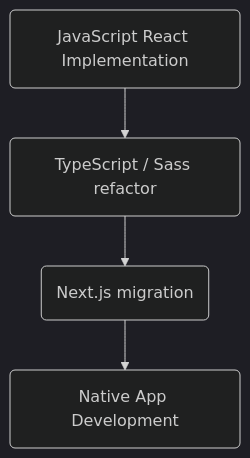
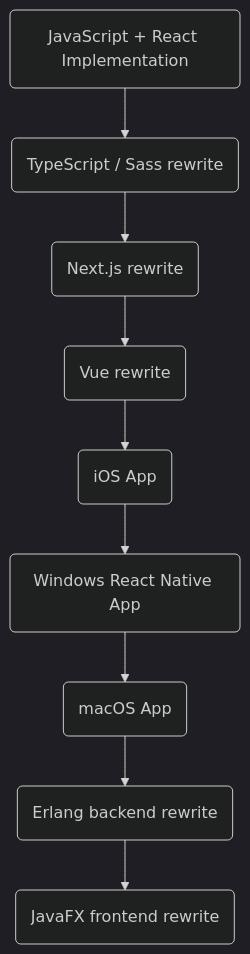
The third of 3 diagrams in README.md (LowComDenom/wellness-calendar), drawn with Mermaid (dark theme) before and after one commit. The commit also changed other lines of this file and 1 other file, not shown here.

````diff
--- a/README.md
+++ b/README.md
@@ -50,8 +45,13 @@
 ```mermaid
 flowchart TD
-1(JavaScript React Implementation)
-2(TypeScript / Sass refactor)
-3(Next.js migration)
-4(Native App Development)
-1 --> 2 --> 3 --> 4
+1(JavaScript + React Implementation)
+2(TypeScript / Sass rewrite)
+3(Next.js rewrite)
+4(Vue rewrite)
+5(iOS App)
+6(Windows React Native App)
+7(macOS App)
+8(Erlang backend rewrite)
+9(JavaFX frontend rewrite)
+1 --> 2 --> 3 --> 4 --> 5 --> 6 --> 7 --> 8 --> 9
 ```
````
